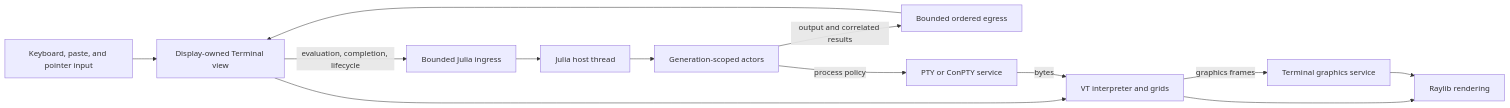
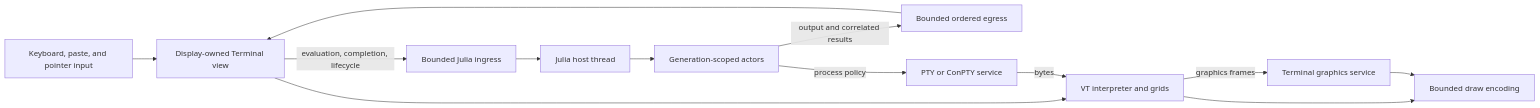
The first of 12 diagrams in docs/wiki/Guides/TerminalArchitecture.md (derekshoneycutt/Euclid), drawn with Mermaid before and after one commit. The commit also changed other lines of this file and 80 other files, not shown here.

````diff
--- a/docs/wiki/Guides/TerminalArchitecture.md
+++ b/docs/wiki/Guides/TerminalArchitecture.md
@@ -44,23 +44,23 @@
 ```mermaid
 flowchart LR
     User[Keyboard, paste, and pointer input]
     View[Display-owned Terminal view]
     Ingress[Bounded Julia ingress]
     Host[Julia host thread]
     Actors[Generation-scoped actors]
     Egress[Bounded ordered egress]
     Emulator[VT interpreter and grids]
     Native[PTY or ConPTY service]
     Graphics[Terminal graphics service]
-    Draw[Raylib rendering]
+    Draw[Bounded draw encoding]
 
     User --> View
     View -->|evaluation, completion, lifecycle| Ingress
     Ingress --> Host --> Actors
     Actors -->|output and correlated results| Egress
     Egress --> View
     View --> Emulator --> Draw
     Actors -->|process policy| Native
     Native -->|bytes| Emulator
     Emulator -->|graphics frames| Graphics --> Draw
 ```
````
